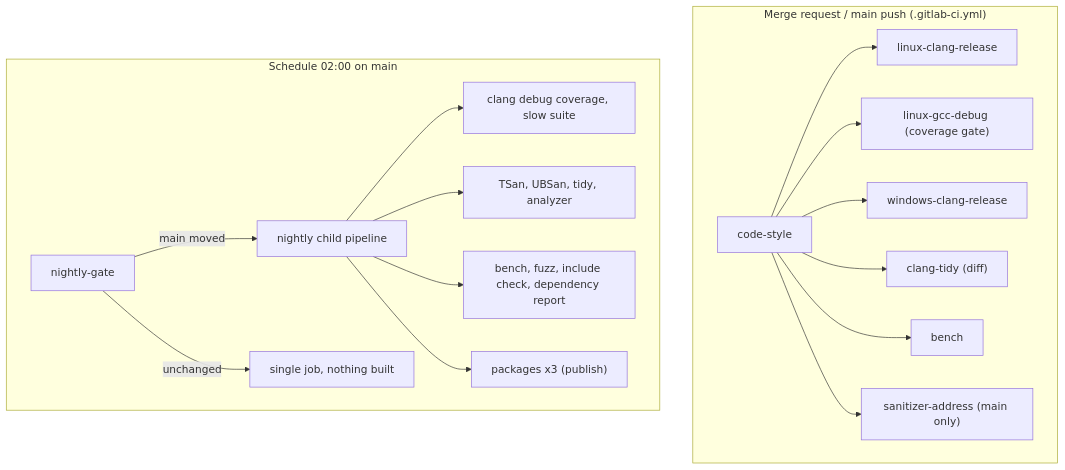
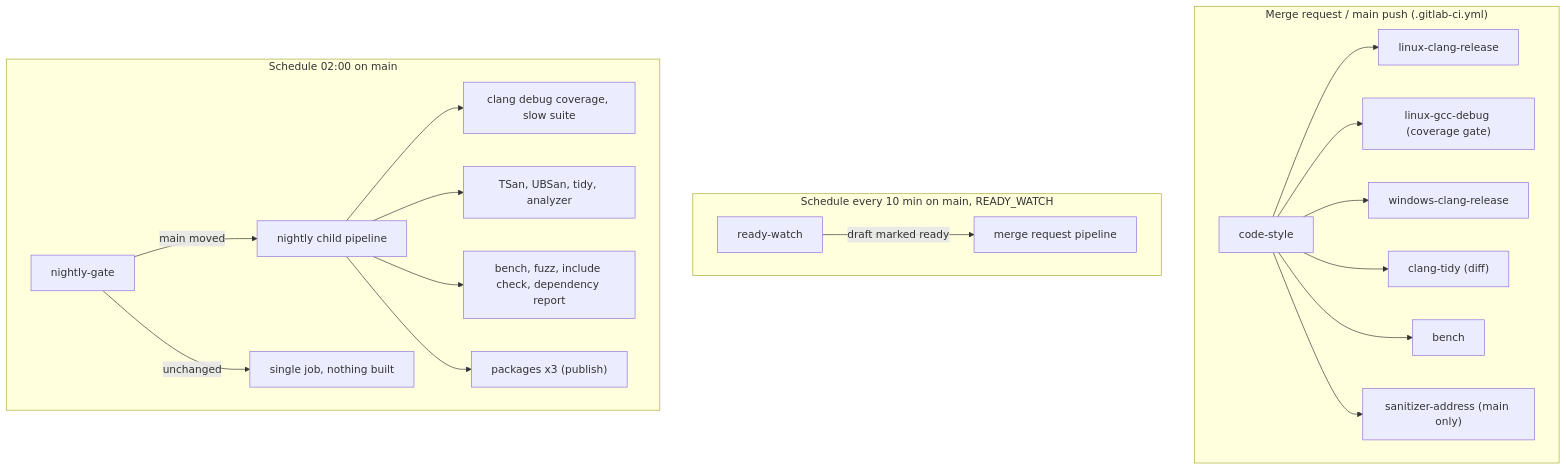
One commit to Silmaen/Owl changed the first of 2 diagrams in doc/pages/continuous_integration.md. Above: the diagram before and after it, drawn with Mermaid. The commit also changed other lines of this file and 137 other files, not shown here.

````diff
--- a/doc/pages/continuous_integration.md
+++ b/doc/pages/continuous_integration.md
@@ -33,19 +33,22 @@
 ```mermaid
 flowchart TD
     subgraph MR["Merge request / main push (.gitlab-ci.yml)"]
         CS["code-style"] --> LCR["linux-clang-release"]
         CS --> GCC["linux-gcc-debug (coverage gate)"]
         CS --> WIN["windows-clang-release"]
         CS --> TIDY["clang-tidy (diff)"]
         CS --> BENCH["bench"]
         CS --> ASAN["sanitizer-address (main only)"]
     end
+    subgraph WATCH["Schedule every 10 min on main, READY_WATCH"]
+        RW["ready-watch"] -->|"draft marked ready"| MRP["merge request pipeline"]
+    end
     subgraph NIGHT["Schedule 02:00 on main"]
         GATE["nightly-gate"] -->|"main moved"| CHILD["nightly child pipeline"]
         GATE -->|"unchanged"| SKIP["single job, nothing built"]
         CHILD --> N1["clang debug coverage, slow suite"]
         CHILD --> N2["TSan, UBSan, tidy, analyzer"]
         CHILD --> N3["bench, fuzz, include check, dependency report"]
         CHILD --> N4["packages x3 (publish)"]
     end
 ```
````
